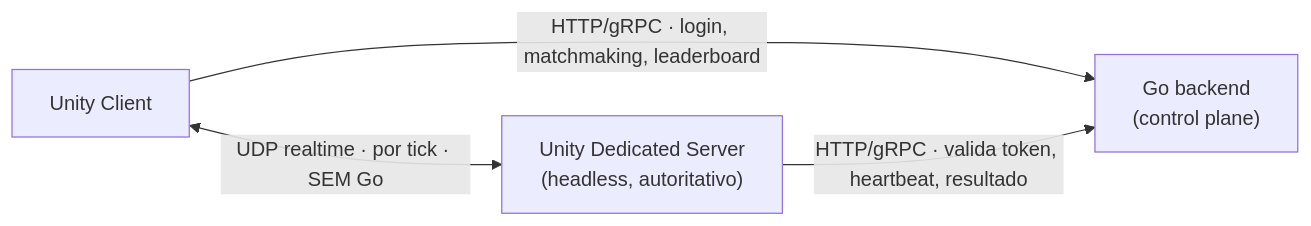
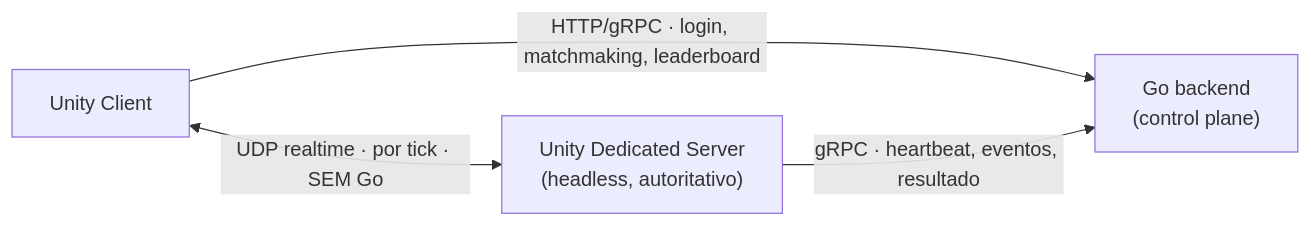
One commit to vitormartins1/go-multiplayer-control-plane changed the second of 7 diagrams in docs/ARCHITECTURE.md. Above: the diagram before and after it, drawn with Mermaid. The commit also changed other lines of this file and 32 other files, not shown here.

````diff
--- a/docs/ARCHITECTURE.md
+++ b/docs/ARCHITECTURE.md
@@ -56,10 +56,10 @@
 ```mermaid
 flowchart LR
     Client["Unity Client"]
     Server["Unity Dedicated Server<br/>(headless, autoritativo)"]
     Go["Go backend<br/>(control plane)"]
 
     Client <-->|"UDP realtime · por tick · SEM Go"| Server
     Client -->|"HTTP/gRPC · login, matchmaking, leaderboard"| Go
-    Server -->|"HTTP/gRPC · valida token, heartbeat, resultado"| Go
+    Server -->|"gRPC · heartbeat, eventos, resultado"| Go
 ```
````
